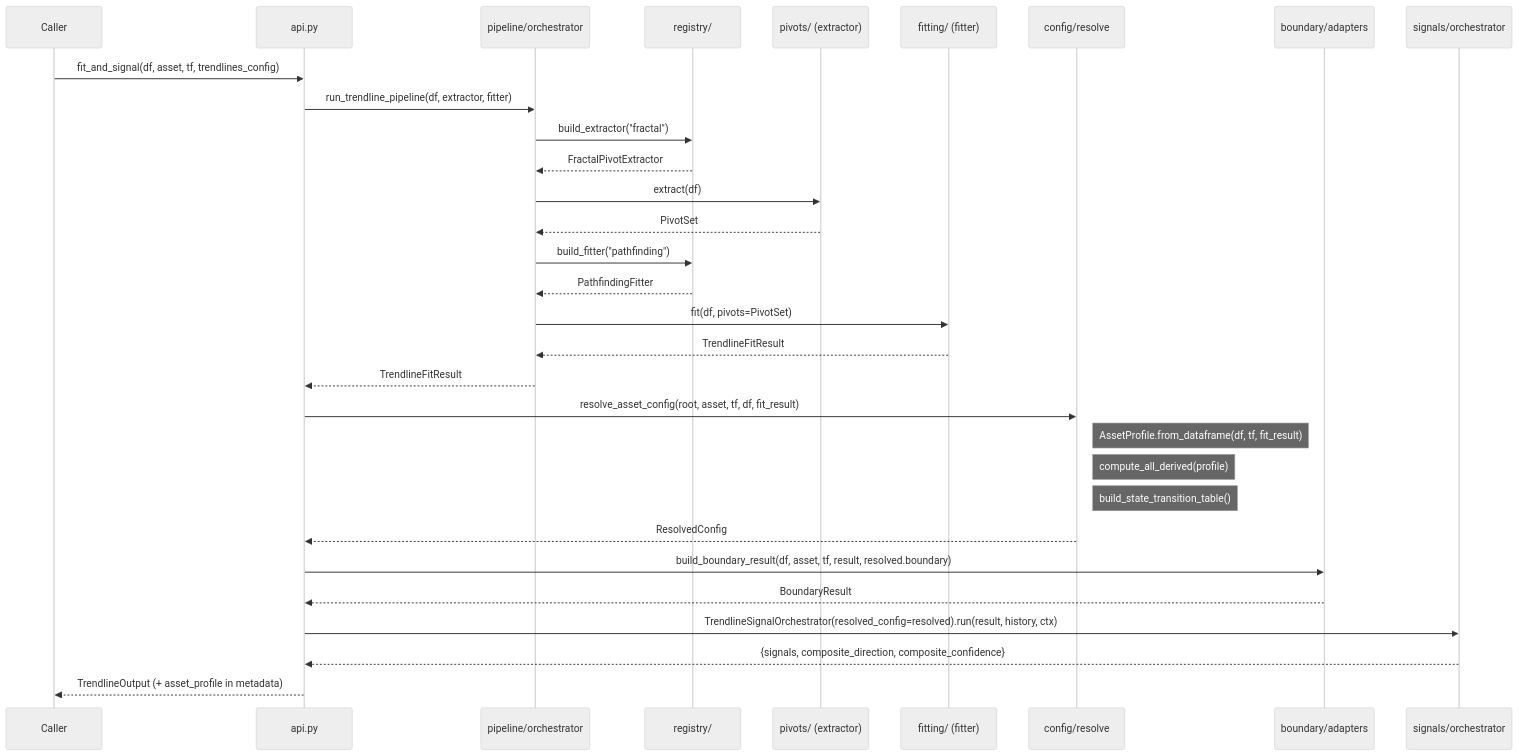
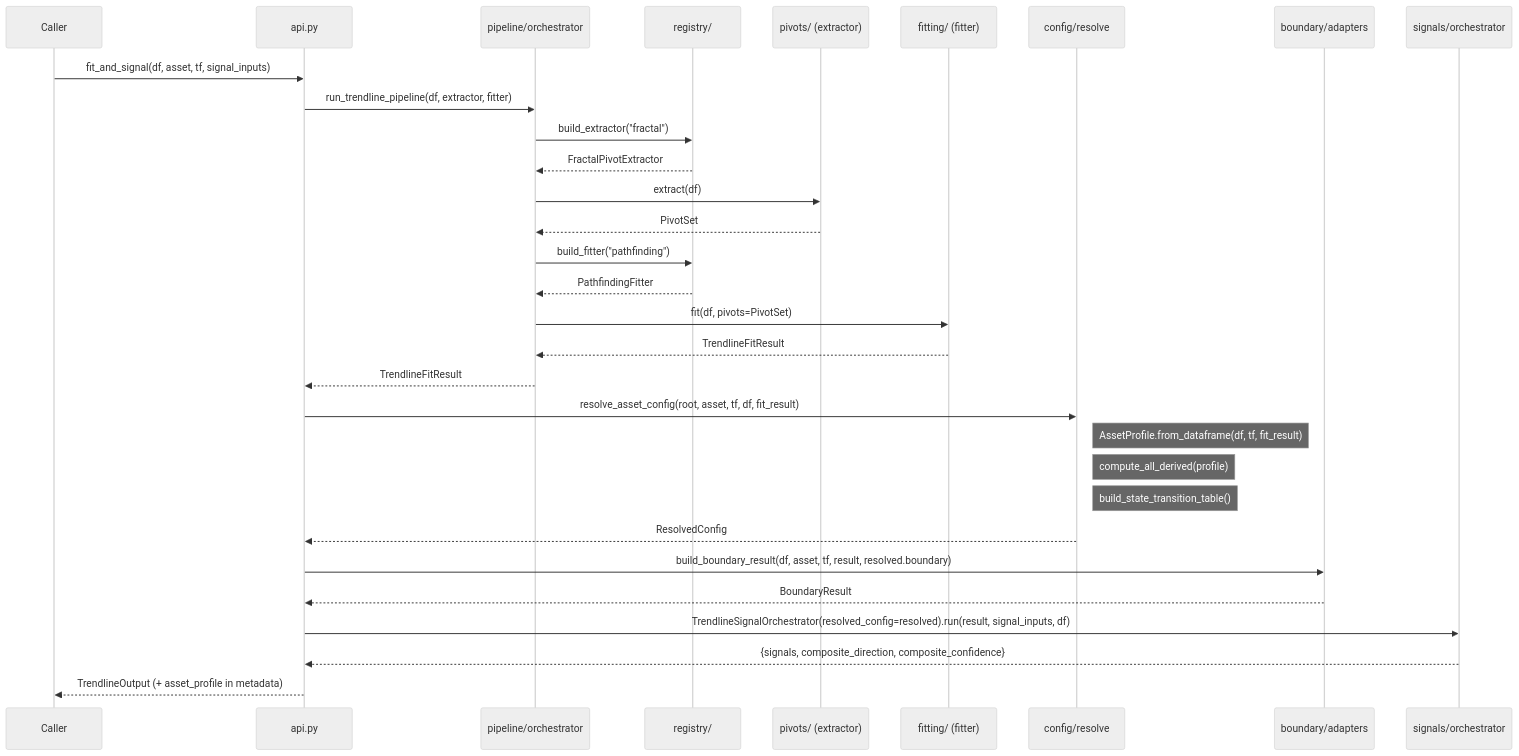
The second of 5 diagrams in src/libs/models/trendlines/docs/architecture.md (transparentCode/flipperAgent), drawn with Mermaid (neutral theme) before and after one commit. The commit also changed other lines of this file and 24 other files, not shown here.

Commit message:
feat: enforce causal trendline signal inputs

````diff
--- a/src/libs/models/trendlines/docs/architecture.md
+++ b/src/libs/models/trendlines/docs/architecture.md
@@ -132,38 +132,38 @@
 ```mermaid
 sequenceDiagram
     participant C as Caller
     participant A as api.py
     participant P as pipeline/orchestrator
     participant R as registry/
     participant E as pivots/ (extractor)
     participant F as fitting/ (fitter)
     participant RES as config/resolve
     participant B as boundary/adapters
     participant S as signals/orchestrator
 
-    C->>A: fit_and_signal(df, asset, tf, trendlines_config)
+    C->>A: fit_and_signal(df, asset, tf, signal_inputs)
     A->>P: run_trendline_pipeline(df, extractor, fitter)
     P->>R: build_extractor("fractal")
     R-->>P: FractalPivotExtractor
     P->>E: extract(df)
     E-->>P: PivotSet
     P->>R: build_fitter("pathfinding")
     R-->>P: PathfindingFitter
     P->>F: fit(df, pivots=PivotSet)
     F-->>P: TrendlineFitResult
     P-->>A: TrendlineFitResult
 
     A->>RES: resolve_asset_config(root, asset, tf, df, fit_result)
     Note right of RES: AssetProfile.from_dataframe(df, tf, fit_result)
     Note right of RES: compute_all_derived(profile)
     Note right of RES: build_state_transition_table()
     RES-->>A: ResolvedConfig
 
     A->>B: build_boundary_result(df, asset, tf, result, resolved.boundary)
     B-->>A: BoundaryResult
 
-    A->>S: TrendlineSignalOrchestrator(resolved_config=resolved).run(result, history, ctx)
+    A->>S: TrendlineSignalOrchestrator(resolved_config=resolved).run(result, signal_inputs, df)
     S-->>A: {signals, composite_direction, composite_confidence}
 
     A-->>C: TrendlineOutput (+ asset_profile in metadata)
 ```
````
